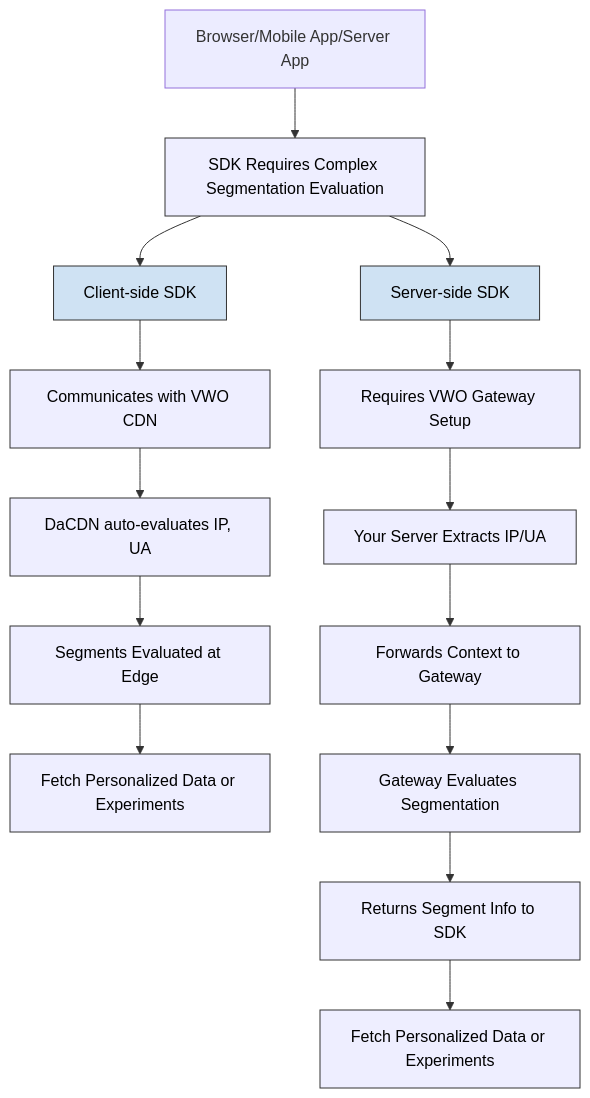
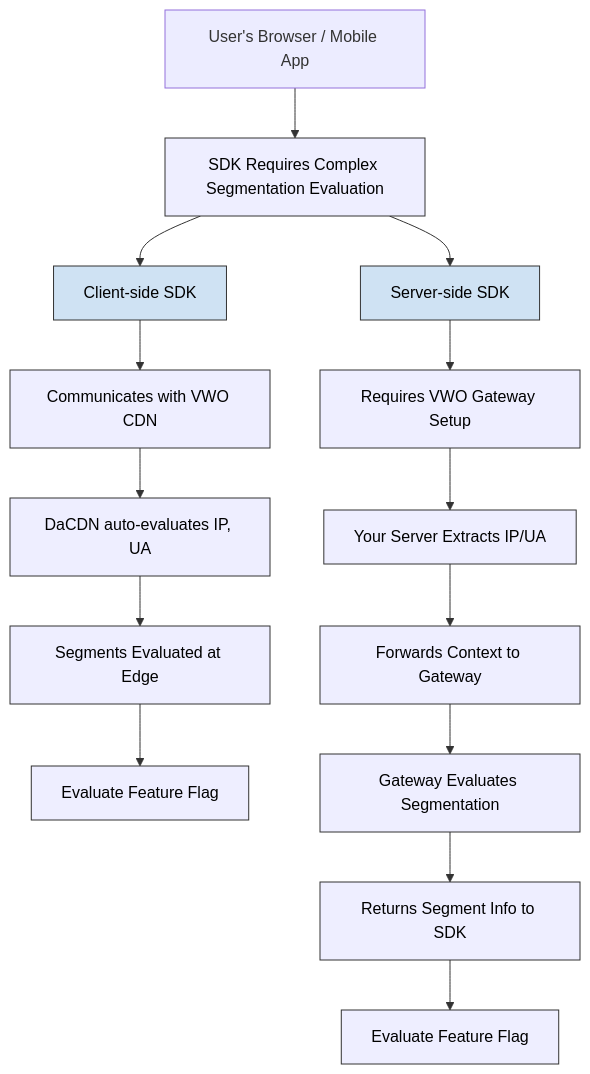
One commit to wingify/readme-central changed the diagram in docs/Concepts/fme-segment-evaluation-client-vs-server-side.md. Above: the diagram before and after it, drawn with Mermaid.

Commit message:
Update doc `fme-segment-evaluation-client-vs-server-side`

````diff
--- a/docs/Concepts/fme-segment-evaluation-client-vs-server-side.md
+++ b/docs/Concepts/fme-segment-evaluation-client-vs-server-side.md
@@ -22,29 +22,29 @@
 ```mermaid
 flowchart TD
-    A[Browser/Mobile App/Server App] --> B[SDK Requires Complex Segmentation Evaluation]
+    A[User's Browser / Mobile App] --> B[SDK Requires Complex Segmentation Evaluation]
     B --> C[Client-side SDK]
     B --> C2[Server-side SDK]
 
     %% Client-Side SDK Branch
     C --> D[Communicates with VWO CDN]
     D --> E[DaCDN auto-evaluates IP, UA]
     E --> F[Segments Evaluated at Edge]
-    F --> G[Fetch Personalized Data or Experiments]
+    F --> G[Evaluate Feature Flag]
 
     %% Server-Side SDK Branch
     C2 --> H[Requires VWO Gateway Setup]
     H --> I[Your Server Extracts IP/UA]
     I --> J[Forwards Context to Gateway]
     J --> K[Gateway Evaluates Segmentation]
     K --> L[Returns Segment Info to SDK]
-    L --> M[Fetch Personalized Data or Experiments]
+    L --> M[Evaluate Feature Flag]
 
     %% Styling
     class B,D,E,F,G,H,I,J,K,L,M step;
     class C decision;
     class C2 decision;
 
     classDef step fill:#eef,stroke:#333,stroke-width:1px,color:#000;
     classDef decision fill:#cfe2f3,stroke:#333,stroke-width:1px,color:#000;
 
 ```
````
